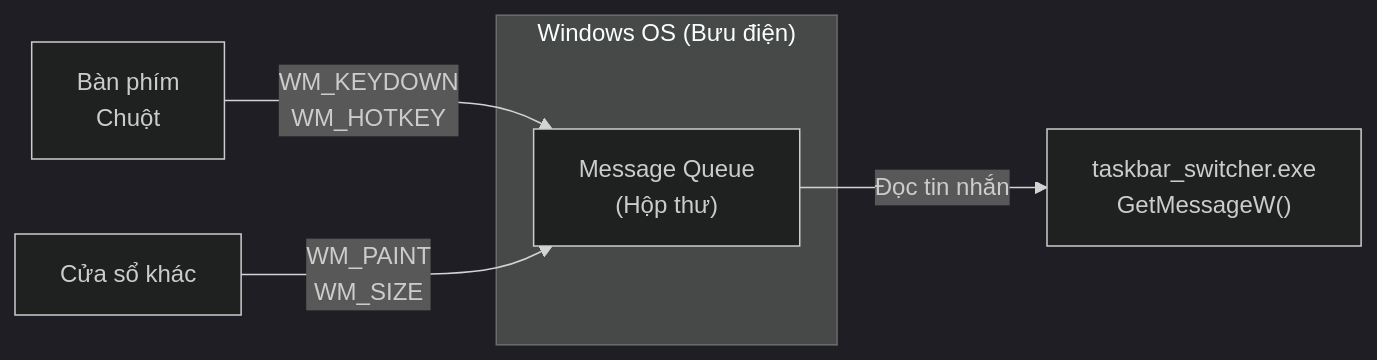
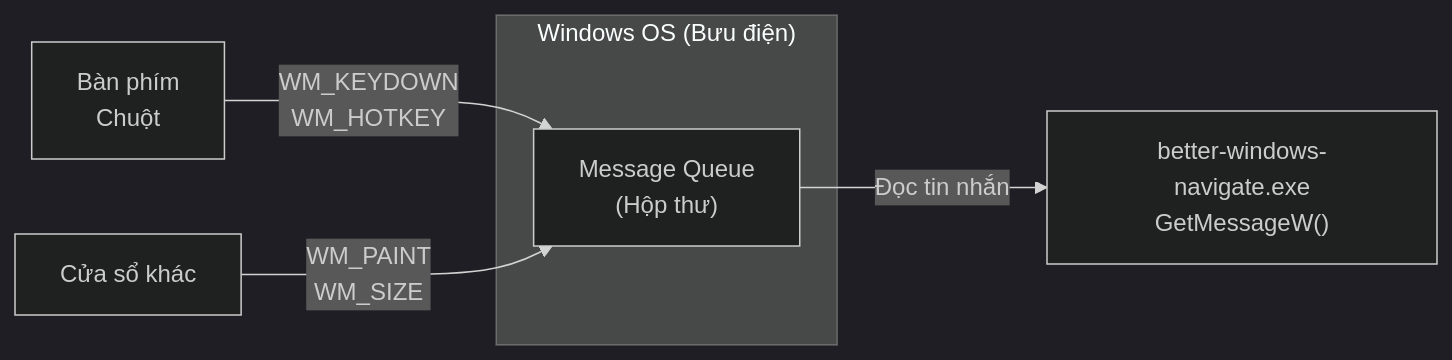
The third of 10 diagrams in docs/overview.md (congchuahiep/WinGlide), drawn with Mermaid (dark theme) before and after one commit. The commit also changed other lines of this file and 9 other files, not shown here.

````diff
--- a/docs/overview.md
+++ b/docs/overview.md
@@ -66,10 +66,10 @@
 ```mermaid
 graph LR
     subgraph "Windows OS (Bưu điện)"
         MQ["Message Queue<br>(Hộp thư)"]
     end
 
     K["Bàn phím<br>Chuột"] -->|"WM_KEYDOWN<br>WM_HOTKEY"| MQ
     W["Cửa sổ khác"] -->|"WM_PAINT<br>WM_SIZE"| MQ
-    MQ -->|"Đọc tin nhắn"| APP["taskbar_switcher.exe<br>GetMessageW()"]
+    MQ -->|"Đọc tin nhắn"| APP["better-windows-navigate.exe<br>GetMessageW()"]
 ```
````
